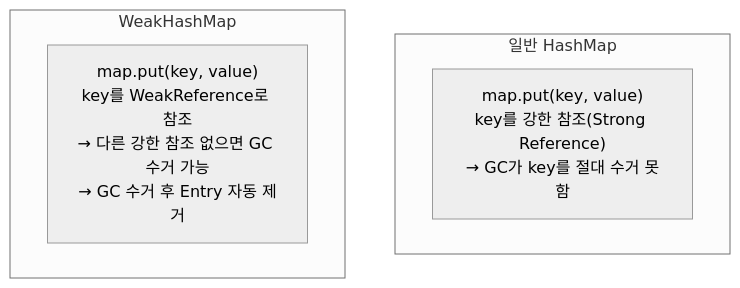
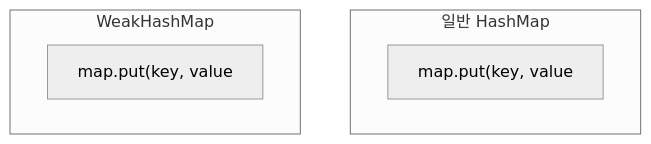
Before and after one commit to yjkim2015/yjkim2015.github.io: diagram 16 of 21 in _posts/java/2026-05-01-java-collections.md, drawn with Mermaid (neutral theme). The commit also changed other lines of this file and 271 other files, not shown here.

First line of the commit message:
Mermaid 라벨 축소: 긴 노드 텍스트 18자 이하로 트림 + \n 제거

````diff
--- a/_posts/java/2026-05-01-java-collections.md
+++ b/_posts/java/2026-05-01-java-collections.md
@@ -671,9 +671,9 @@
 ```mermaid
 graph TD
     subgraph "일반 HashMap"
-        HM["map.put(key, value)<br>key를 강한 참조(Strong Reference)<br>→ GC가 key를 절대 수거 못함"]
+        HM["map.put(key, value"]
     end
     subgraph "WeakHashMap"
-        WM["map.put(key, value)<br>key를 WeakReference로 참조<br>→ 다른 강한 참조 없으면 GC 수거 가능<br>→ GC 수거 후 Entry 자동 제거"]
+        WM["map.put(key, value"]
     end
 ```
````
